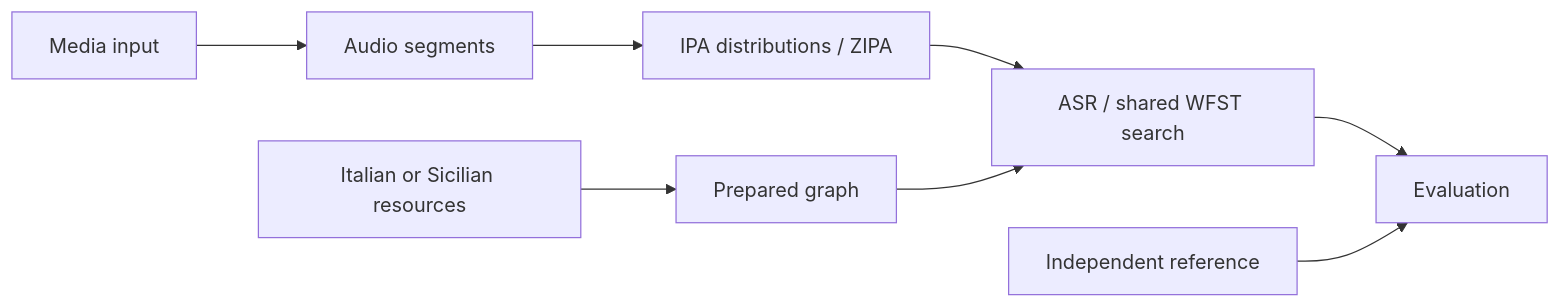
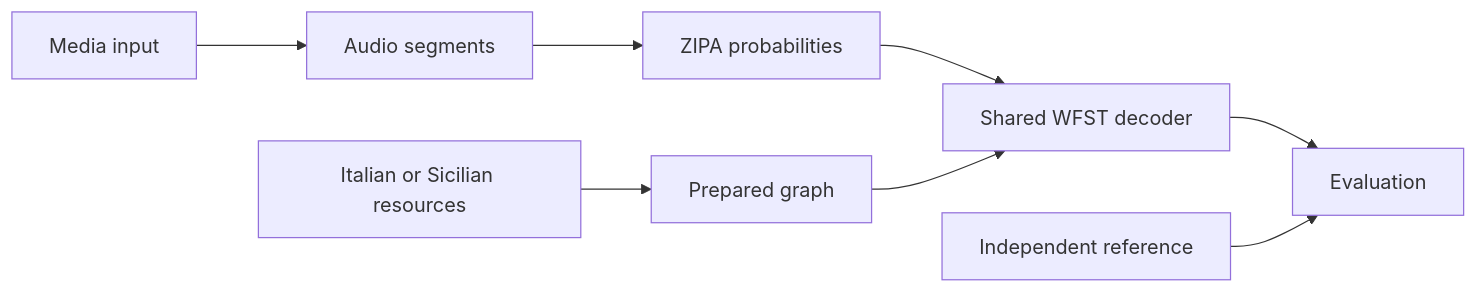
One commit to stephen3033/sicilian-asr changed the diagram in docs/architecture.md. Above: the diagram before and after it, drawn with Mermaid. The commit also changed other lines of this file and 107 other files, not shown here.

````diff
--- a/docs/architecture.md
+++ b/docs/architecture.md
@@ -5,10 +5,10 @@
 ```mermaid
 flowchart LR
   M[Media input] --> A[Audio segments]
-  A --> I[IPA distributions / ZIPA]
-  I --> W[ASR / shared WFST search]
+  A --> I[ZIPA probabilities]
+  I --> W[Shared WFST decoder]
   L[Italian or Sicilian resources] --> G[Prepared graph]
   G --> W
   W --> E[Evaluation]
   R[Independent reference] --> E
 ```
````
